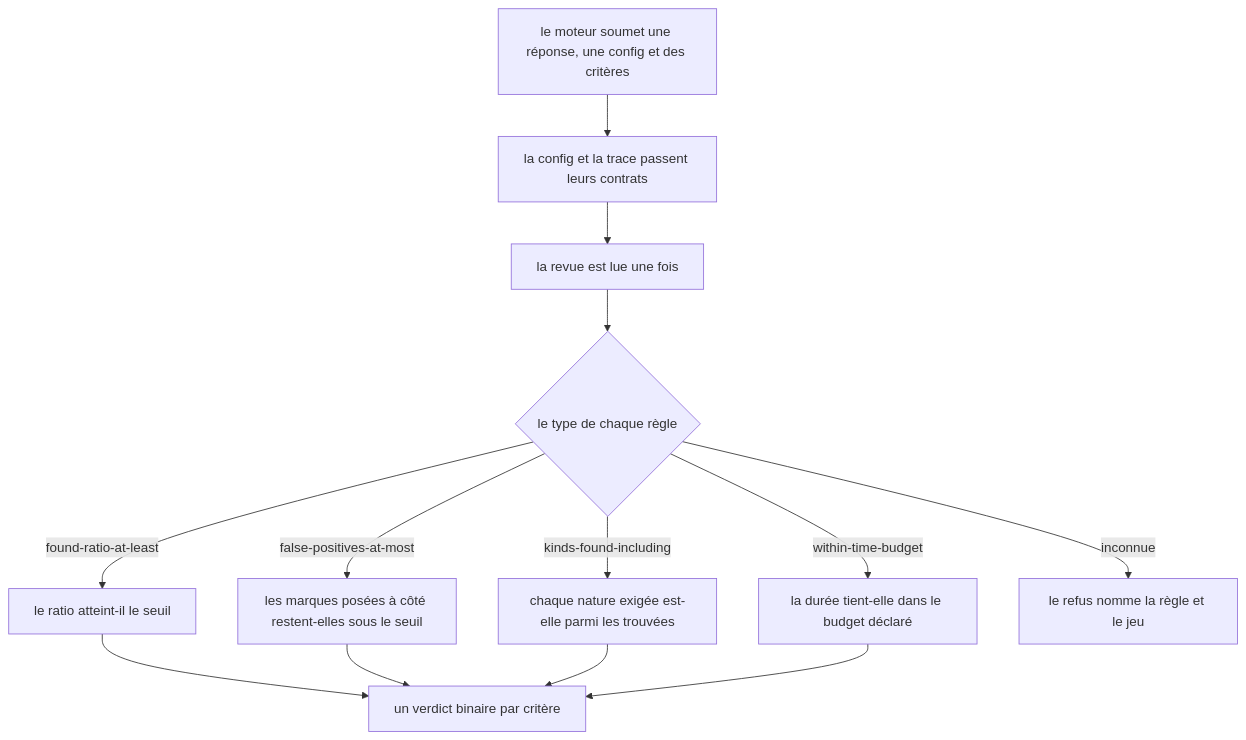
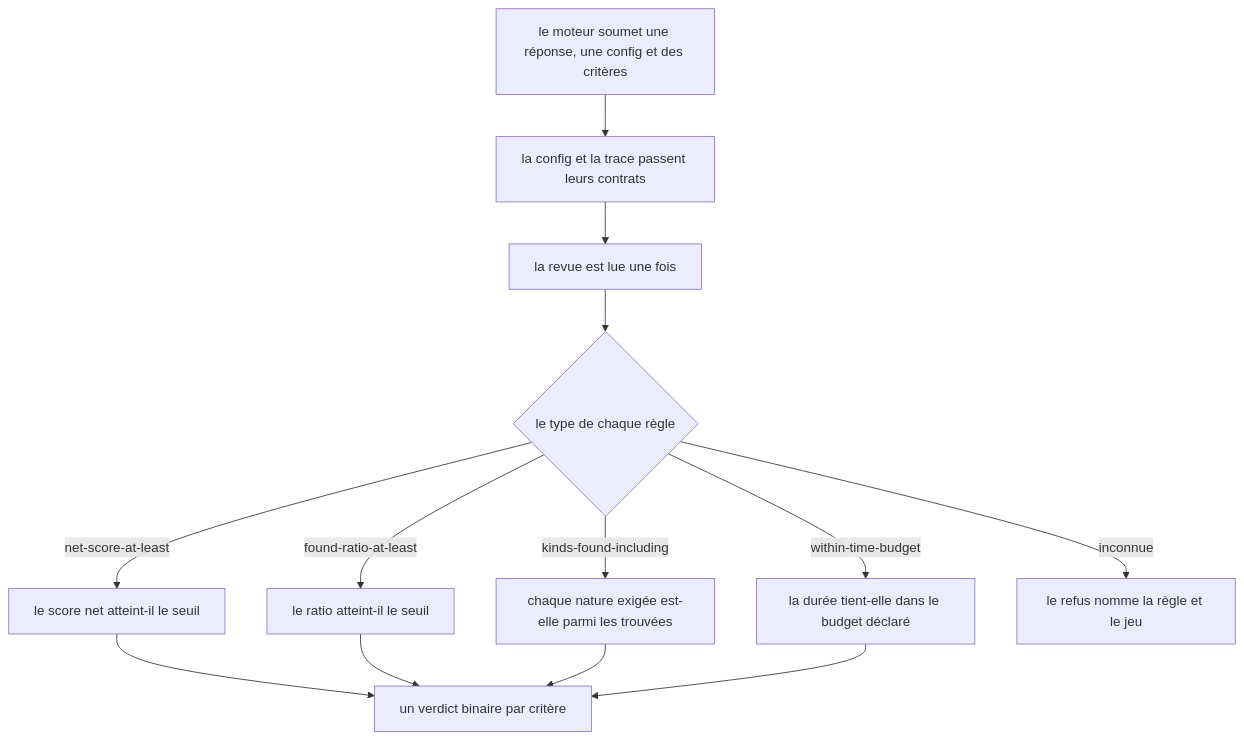
Before and after one commit to jdelauney/laivel-up-eval: the first of 2 diagrams in aidd_docs/tasks/2026_08/2026_08_30_jeu-defect-hunt/phase-2.md, drawn with Mermaid. The commit also changed other lines of this file and 4 other files, not shown here.

````diff
--- a/aidd_docs/tasks/2026_08/2026_08_30_jeu-defect-hunt/phase-2.md
+++ b/aidd_docs/tasks/2026_08/2026_08_30_jeu-defect-hunt/phase-2.md
@@ -23,15 +23,15 @@
 ```mermaid
 flowchart TD
   A[le moteur soumet une réponse, une config et des critères] --> B[la config et la trace passent leurs contrats]
   B --> C[la revue est lue une fois]
   C --> D{le type de chaque règle}
-  D -->|found-ratio-at-least| E[le ratio atteint-il le seuil]
-  D -->|false-positives-at-most| F[les marques posées à côté restent-elles sous le seuil]
+  D -->|net-score-at-least| E[le score net atteint-il le seuil]
+  D -->|found-ratio-at-least| F[le ratio atteint-il le seuil]
   D -->|kinds-found-including| G[chaque nature exigée est-elle parmi les trouvées]
   D -->|within-time-budget| H[la durée tient-elle dans le budget déclaré]
   D -->|inconnue| I[le refus nomme la règle et le jeu]
   E --> J[un verdict binaire par critère]
   F --> J
   G --> J
   H --> J
 ```
````
